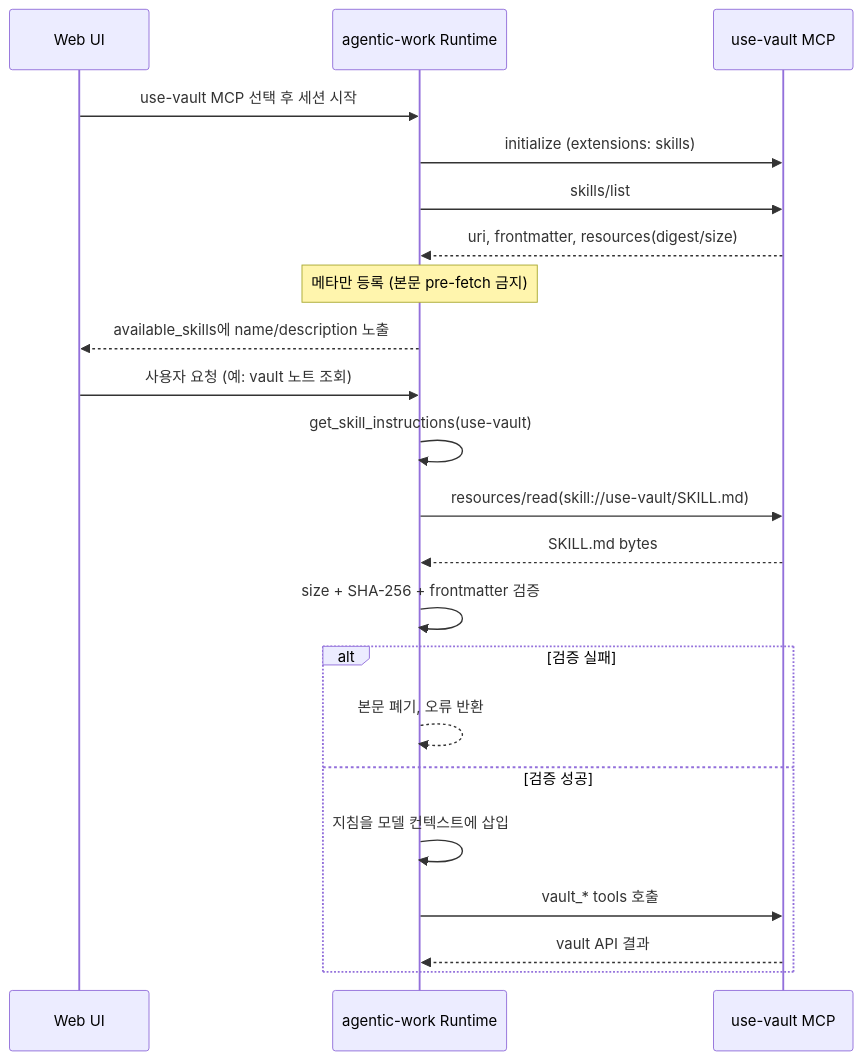
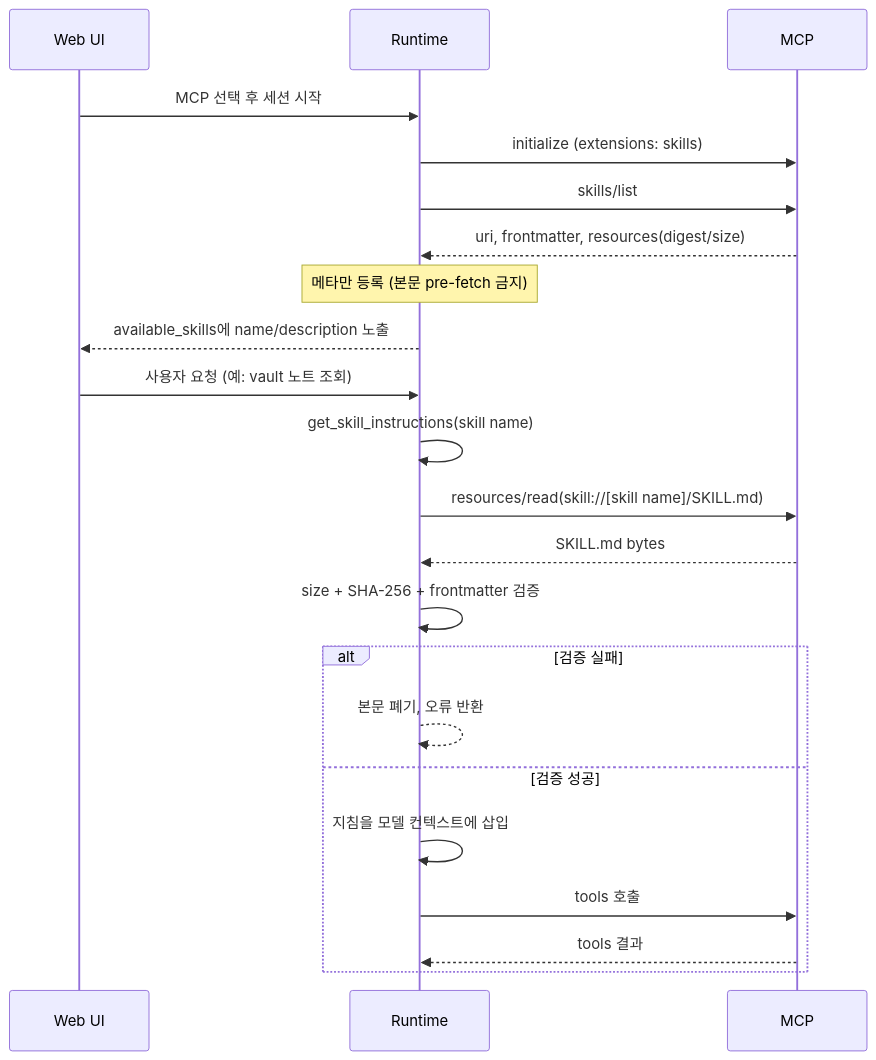
One commit to kyopark2014/agentic-work changed the diagram in skills-over-mcp.md. Above: the diagram before and after it, drawn with Mermaid. The commit also changed other lines of this file, not shown here.

First line of the commit message:
Document Skills over MCP vault tool call and response flow.

````diff
--- a/skills-over-mcp.md
+++ b/skills-over-mcp.md
@@ -56,26 +56,26 @@
 ```mermaid
 sequenceDiagram
     participant UI as Web UI
-    participant Host as agentic-work Runtime
-    participant MCP as use-vault MCP
+    participant Host as Runtime
+    participant MCP as MCP
 
-    UI->>Host: use-vault MCP 선택 후 세션 시작
+    UI->>Host: MCP 선택 후 세션 시작
     Host->>MCP: initialize (extensions: skills)
     Host->>MCP: skills/list
     MCP-->>Host: uri, frontmatter, resources(digest/size)
     Note over Host: 메타만 등록 (본문 pre-fetch 금지)
     Host-->>UI: available_skills에 name/description 노출
 
     UI->>Host: 사용자 요청 (예: vault 노트 조회)
-    Host->>Host: get_skill_instructions(use-vault)
-    Host->>MCP: resources/read(skill://use-vault/SKILL.md)
+    Host->>Host: get_skill_instructions(skill name)
+    Host->>MCP: resources/read(skill://[skill name]/SKILL.md)
     MCP-->>Host: SKILL.md bytes
     Host->>Host: size + SHA-256 + frontmatter 검증
     alt 검증 실패
         Host-->>Host: 본문 폐기, 오류 반환
     else 검증 성공
         Host->>Host: 지침을 모델 컨텍스트에 삽입
-        Host->>MCP: vault_* tools 호출
-        MCP-->>Host: vault API 결과
+        Host->>MCP: tools 호출
+        MCP-->>Host: tools 결과
     end
 ```
````
